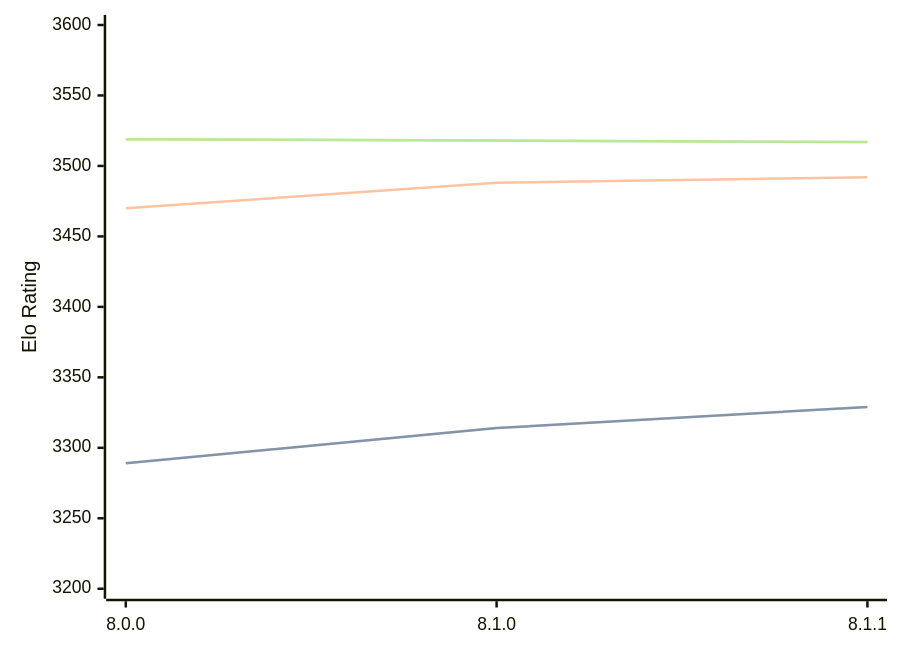
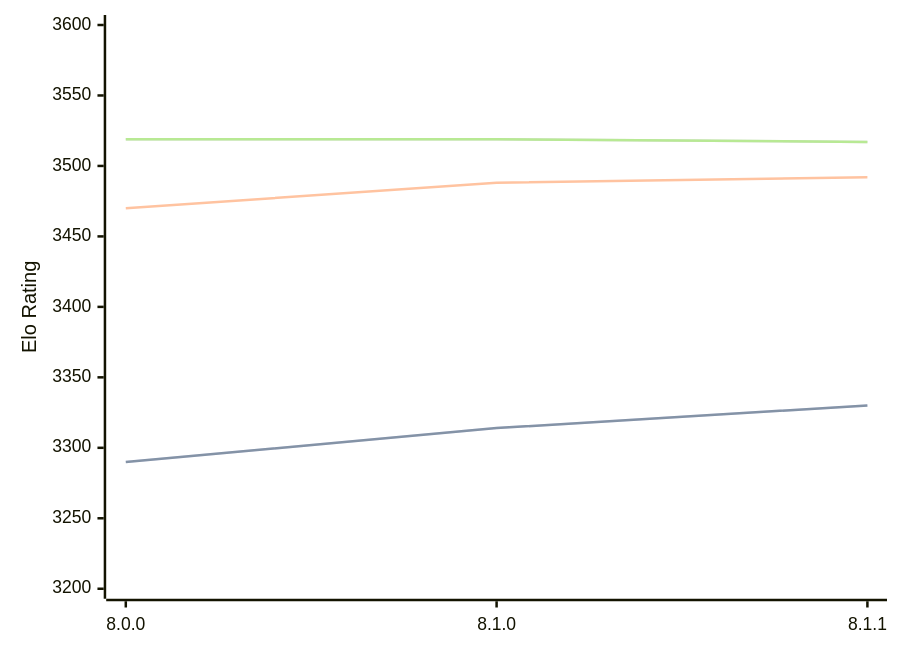
The diagram in engines/Velvet.md (computer-chess-index/cci), drawn with Mermaid before and after one commit. The commit also changed other lines of this file, not shown here.

Commit message:
Update CCI Ratings (ELO VLTC) - 2026-05-13

````diff
--- a/engines/Velvet.md
+++ b/engines/Velvet.md
@@ -57,11 +57,11 @@
 ```mermaid
 %%{init: {"theme":"base","themeVariables":{"seriesColors:['#a3a3a3','#222221','#faa371']}}}%%
 xychart-beta
   x-axis ["8.0.0", "8.1.0", "8.1.1"]
   y-axis "Elo Rating" 3200 --> 3600
-  line "STC (8.0+0.08s)" [3289, 3314, 3329]
-  line "STC (8.0+0.08s)" [3289, 3314, 3329]
+  line "STC (8.0+0.08s)" [3290, 3314, 3330]
+  line "STC (8.0+0.08s)" [3290, 3314, 3330]
   line "LTC (60.0+0.60s)" [3470, 3488, 3492]
-  line "VLTC (2m24s+1.12s)" [3519, 3518, 3517]
-  line "VLTC (2m24s+1.12s)" [3519, 3518, 3517]
+  line "VLTC (2m24s+1.12s)" [3519, 3519, 3517]
+  line "VLTC (2m24s+1.12s)" [3519, 3519, 3517]
 ```
````
